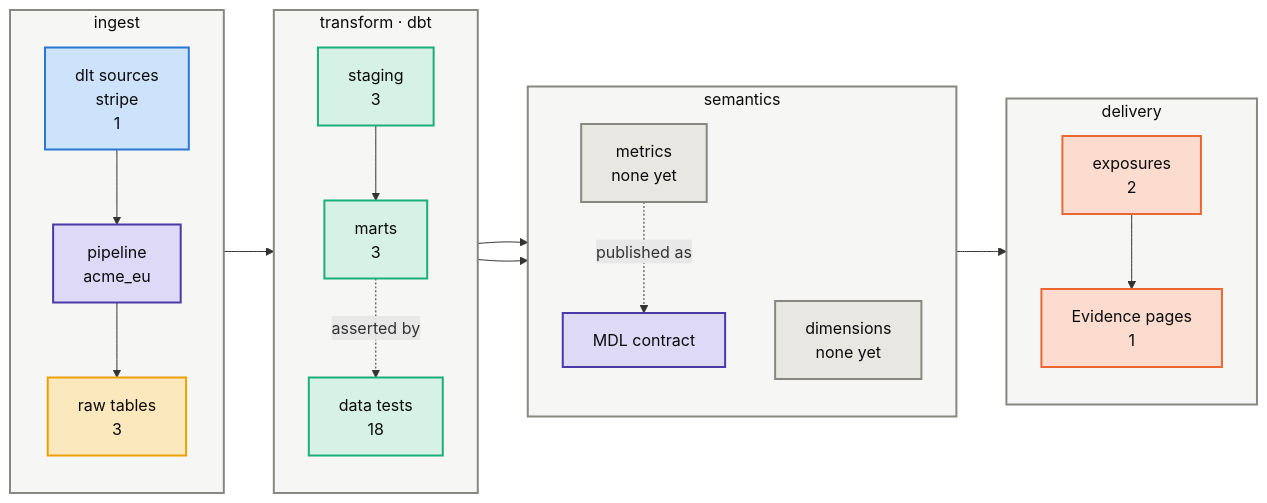
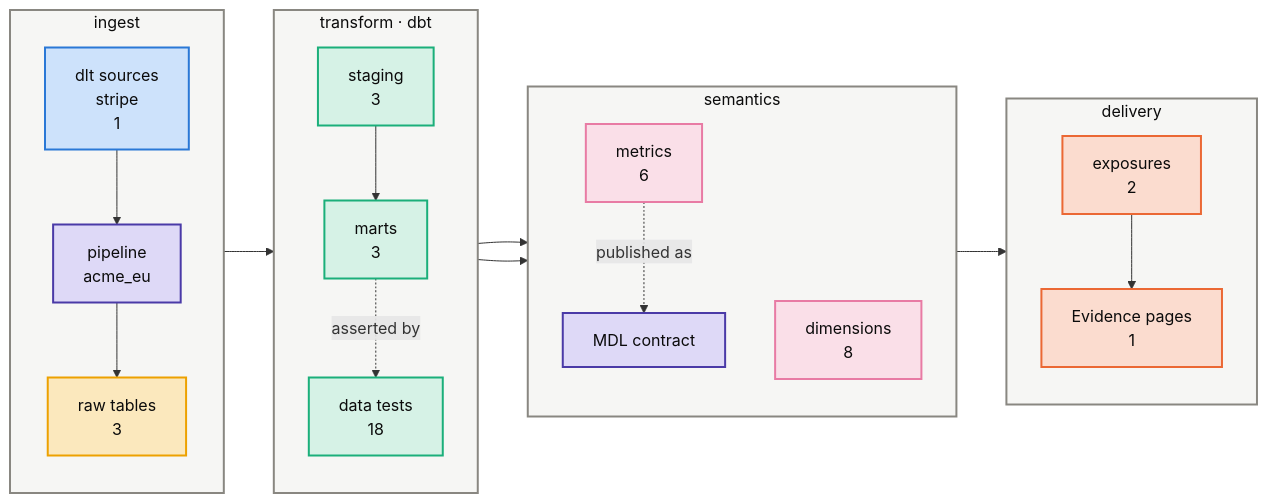
One commit to Atomz-org/data-platform changed the first of 3 diagrams in groups/acme/projects/acme-eu/kg/architecture.md. Above: the diagram before and after it, drawn with Mermaid. The commit also changed other lines of this file and 8 other files, not shown here.

````diff
--- a/groups/acme/projects/acme-eu/kg/architecture.md
+++ b/groups/acme/projects/acme-eu/kg/architecture.md
@@ -10,41 +10,41 @@
 ```mermaid
 flowchart LR
     subgraph LI["ingest"]
         direction TB
         I1["dlt sources<br/>stripe<br/>1"]:::ingress
         I2["pipeline<br/>acme_eu"]:::platform
         I3["raw tables<br/>3"]:::raw
     end
     subgraph LT["transform · dbt"]
         direction TB
         T1["staging<br/>3"]:::model
         T2["marts<br/>3"]:::model
         T3["data tests<br/>18"]:::model
     end
     subgraph LS["semantics"]
         direction TB
-        S1["metrics<br/>none yet"]:::neutral
-        S2["dimensions<br/>none yet"]:::neutral
+        S1["metrics<br/>6"]:::metric
+        S2["dimensions<br/>8"]:::metric
         S3["MDL contract"]:::platform
     end
     subgraph LD["delivery"]
         direction TB
         D1["exposures<br/>2"]:::exposure
         D2["Evidence pages<br/>1"]:::exposure
     end
     I1 --> I2 --> I3 --> T1 --> T2
     T2 --> S1 --> D1 --> D2
     T2 --> S2
     S1 -.published as.-> S3
     T2 -.asserted by.-> T3
     classDef ingress fill:#cde2fb,stroke:#2a78d6,stroke-width:2px,color:#0b0b0b
     classDef platform fill:#ded9f7,stroke:#4a3aa7,stroke-width:2px,color:#0b0b0b
     classDef raw fill:#fbe8bd,stroke:#eda100,stroke-width:2px,color:#0b0b0b
     classDef model fill:#d6f2e6,stroke:#1baf7a,stroke-width:2px,color:#0b0b0b
     classDef metric fill:#fadfe8,stroke:#e87ba4,stroke-width:2px,color:#0b0b0b
     classDef exposure fill:#fbdccf,stroke:#eb6834,stroke-width:2px,color:#0b0b0b
     classDef neutral fill:#e8e7e2,stroke:#898781,stroke-width:2px,color:#0b0b0b
     classDef project fill:#e3eefc,stroke:#2a78d6,stroke-width:2px,color:#0b0b0b
     classDef lane fill:#f6f6f4,stroke:#898781,stroke-width:2px,color:#0b0b0b
     class LI,LT,LS,LD lane
 ```
````
